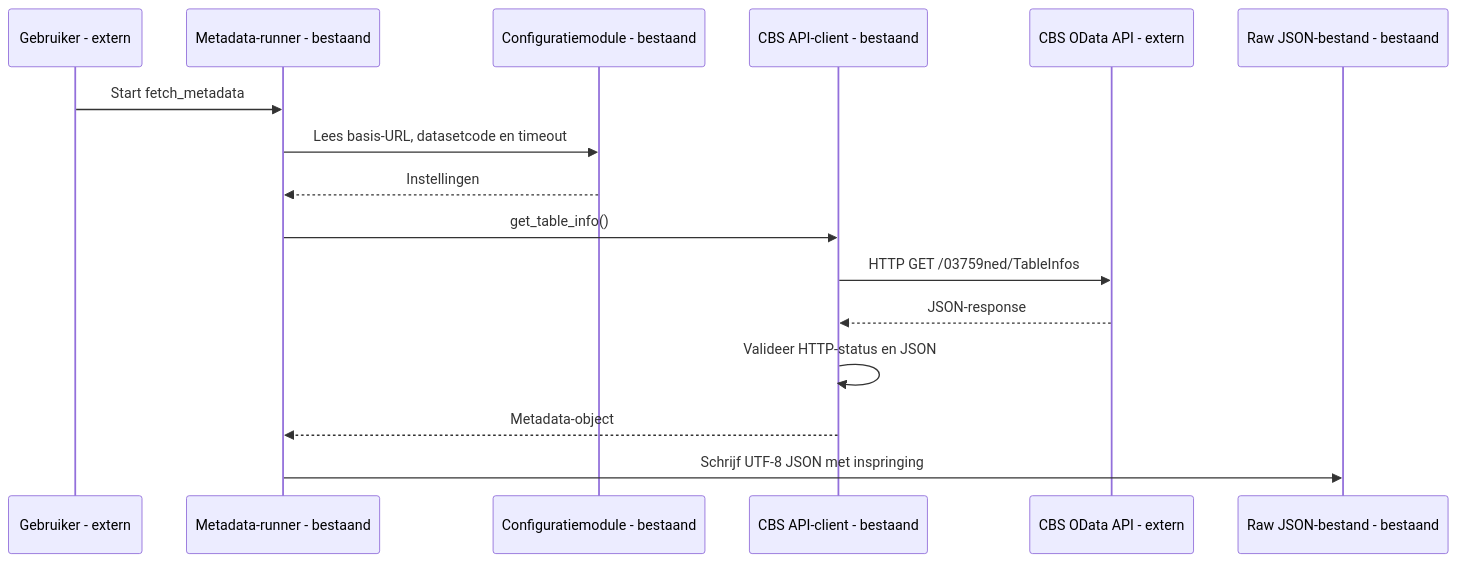
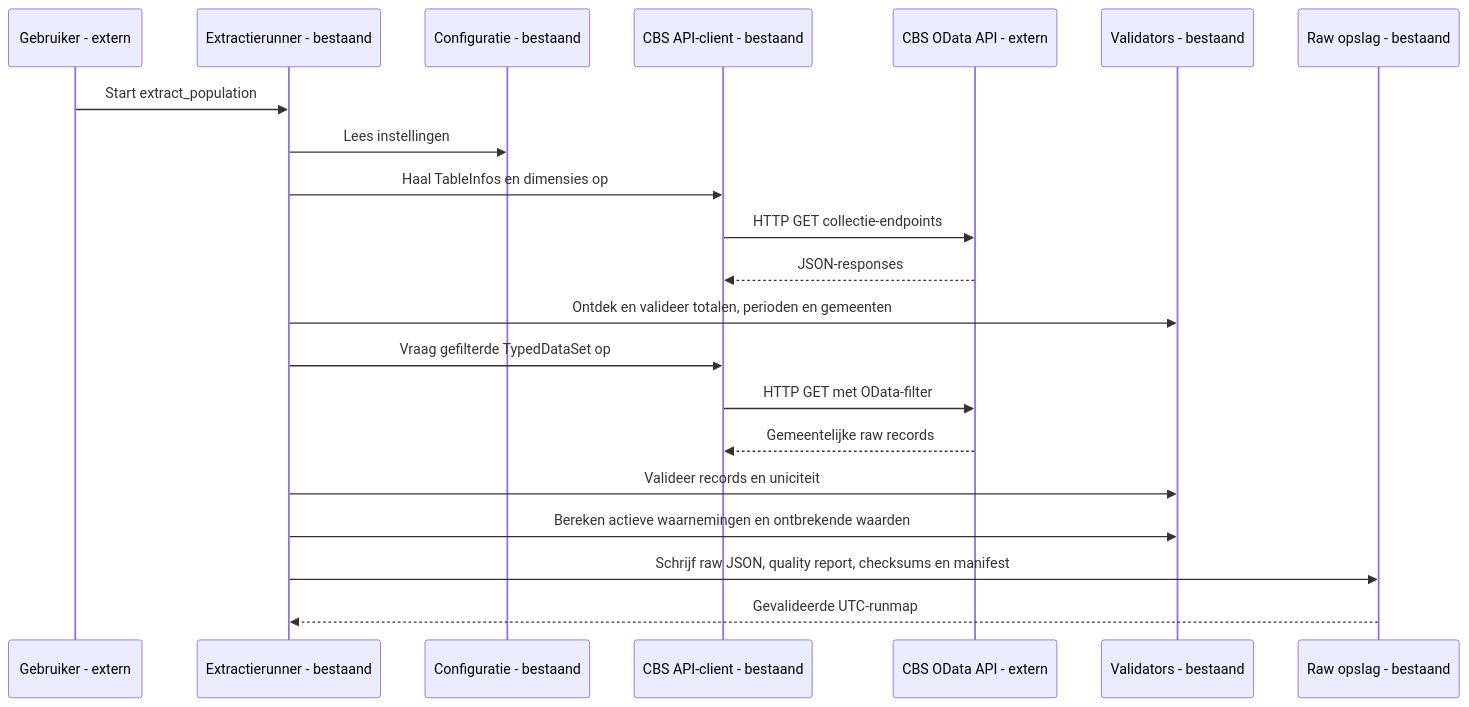
The fourth of 4 diagrams in docs/architecture.md (salahooo/gemeente-data-platform), drawn with Mermaid before and after one commit. The commit also changed other lines of this file and 15 other files, not shown here.

Commit message:
feat: add validated CBS population extraction

````diff
--- a/docs/architecture.md
+++ b/docs/architecture.md
@@ -84,19 +83,24 @@
 ```mermaid
 sequenceDiagram
     participant U as Gebruiker - extern
-    participant R as Metadata-runner - bestaand
-    participant S as Configuratiemodule - bestaand
-    participant C as CBS API-client - bestaand
-    participant A as CBS OData API - extern
-    participant F as Raw JSON-bestand - bestaand
+    participant R as Extractierunner - bestaand
+    participant C as Configuratie - bestaand
+    participant A as CBS API-client - bestaand
+    participant O as CBS OData API - extern
+    participant V as Validators - bestaand
+    participant S as Raw opslag - bestaand
 
-    U->>R: Start fetch_metadata
-    R->>S: Lees basis-URL, datasetcode en timeout
-    S-->>R: Instellingen
-    R->>C: get_table_info()
-    C->>A: HTTP GET /03759ned/TableInfos
-    A-->>C: JSON-response
-    C->>C: Valideer HTTP-status en JSON
-    C-->>R: Metadata-object
-    R->>F: Schrijf UTF-8 JSON met inspringing
+    U->>R: Start extract_population
+    R->>C: Lees instellingen
+    R->>A: Haal TableInfos en dimensies op
+    A->>O: HTTP GET collectie-endpoints
+    O-->>A: JSON-responses
+    R->>V: Ontdek en valideer totalen, perioden en gemeenten
+    R->>A: Vraag gefilterde TypedDataSet op
+    A->>O: HTTP GET met OData-filter
+    O-->>A: Gemeentelijke raw records
+    R->>V: Valideer records en uniciteit
+    R->>V: Bereken actieve waarnemingen en ontbrekende waarden
+    R->>S: Schrijf raw JSON, quality report, checksums en manifest
+    S-->>R: Gevalideerde UTC-runmap
 ```
````
